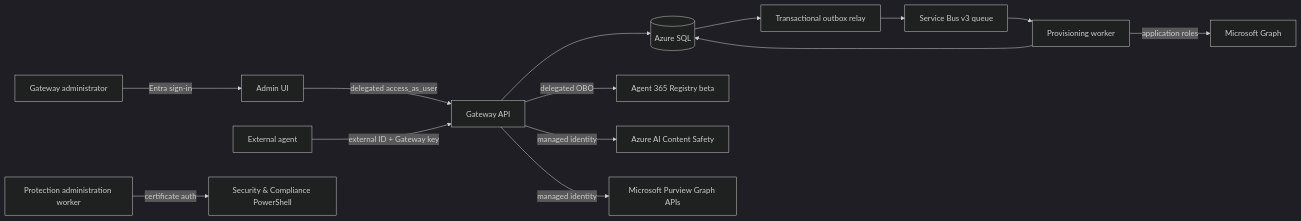
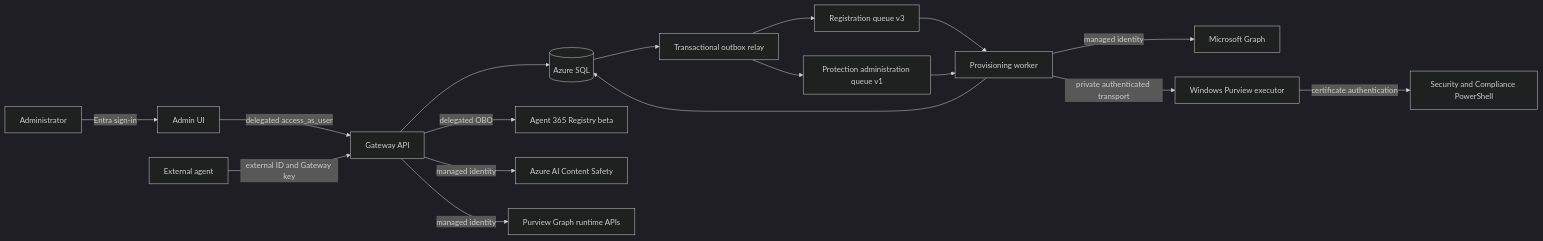
Before and after one commit to patrick-shim/a365-custom-gateway: the diagram in docs/architecture/system-architecture.md, drawn with Mermaid (dark theme). The commit also changed other lines of this file and 120 other files, not shown here.

````diff
--- a/docs/architecture/system-architecture.md
+++ b/docs/architecture/system-architecture.md
@@ -22,16 +14,19 @@
 ```mermaid
 flowchart LR
-    Operator[Gateway administrator] -->|Entra sign-in| Admin[Admin UI]
+    Operator[Administrator] -->|Entra sign-in| Admin[Admin UI]
     Admin -->|delegated access_as_user| Api[Gateway API]
-    External[External agent] -->|external ID + Gateway key| Api
+    External[External agent] -->|external ID and Gateway key| Api
     Api --> Sql[(Azure SQL)]
     Sql --> Relay[Transactional outbox relay]
-    Relay --> Bus[Service Bus v3 queue]
-    Bus --> Worker[Provisioning worker]
+    Relay --> RegistrationQueue[Registration queue v3]
+    Relay --> ProtectionQueue[Protection administration queue v1]
+    RegistrationQueue --> Worker[Provisioning worker]
+    ProtectionQueue --> Worker
     Worker --> Sql
-    Worker -->|application roles| Graph[Microsoft Graph]
+    Worker -->|managed identity| Graph[Microsoft Graph]
     Api -->|delegated OBO| Registry[Agent 365 Registry beta]
     Api -->|managed identity| Shield[Azure AI Content Safety]
-    Api -->|managed identity| Purview[Microsoft Purview Graph APIs]
-    ProtectionWorker[Protection administration worker] -->|certificate auth| Compliance[Security & Compliance PowerShell]
+    Api -->|managed identity| Purview[Purview Graph runtime APIs]
+    Worker -->|private authenticated transport| Executor[Windows Purview executor]
+    Executor -->|certificate authentication| Compliance[Security and Compliance PowerShell]
 ```
````
